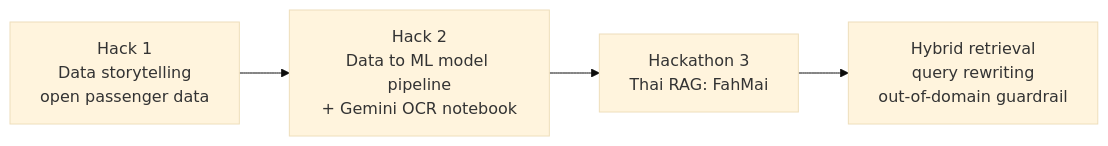
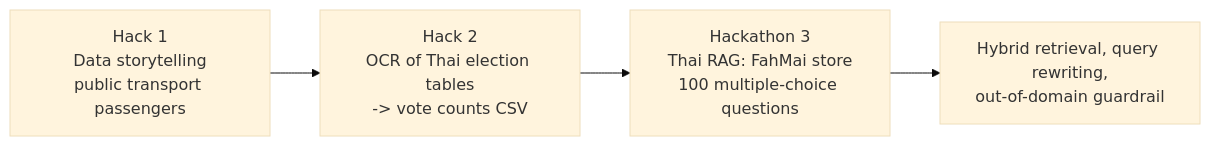
One commit to Dxrksvng/Super-AI-Ss6 changed the first of 5 diagrams in README.md. Above: the diagram before and after it, drawn with Mermaid (base theme). The commit also changed other lines of this file, not shown here.

Commit message:
docs: rewrite README with architecture, flows and tech stack (#2)

````diff
--- a/README.md
+++ b/README.md
@@ -19,6 +32,6 @@
 ```mermaid
 flowchart LR
-    H1["Hack 1\nData storytelling\nopen passenger data"] --> H2["Hack 2\nData to ML model pipeline\n+ Gemini OCR notebook"]
-    H2 --> H3["Hackathon 3\nThai RAG: FahMai"]
-    H3 --> R["Hybrid retrieval\nquery rewriting\nout-of-domain guardrail"]
+    H1["Hack 1\nData storytelling\npublic transport passengers"] --> H2["Hack 2\nOCR of Thai election tables\n-> vote counts CSV"]
+    H2 --> H3["Hackathon 3\nThai RAG: FahMai store\n100 multiple-choice questions"]
+    H3 --> R["Hybrid retrieval, query rewriting,\nout-of-domain guardrail"]
 ```
````
